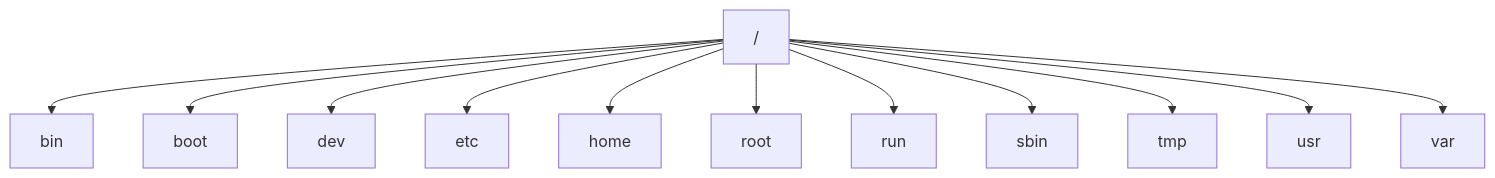
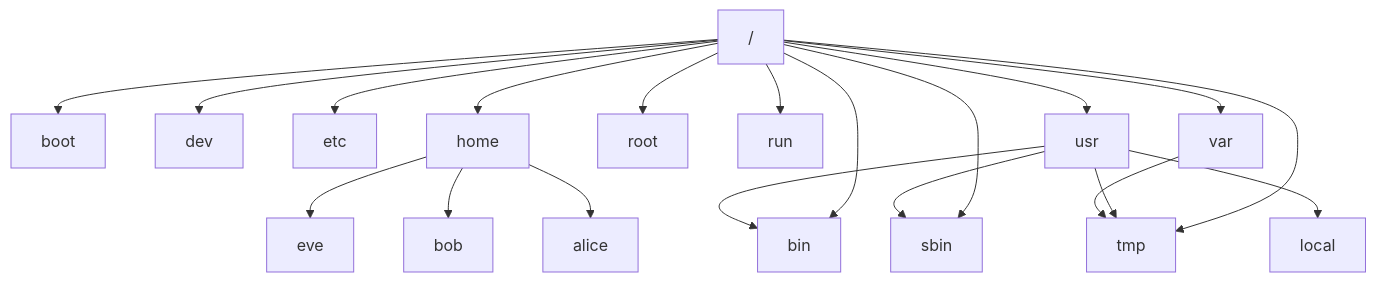
The diagram in file_system.md (sawan848/rhel-8), drawn with Mermaid before and after one commit.

Commit message:
file system graph are updated

````diff
--- a/file_system.md
+++ b/file_system.md
@@ -2,14 +2,22 @@
 ```mermaid
     graph TD;
     / -->bin;
     / --> boot;
     / -->dev;
     / -->etc;
     / -->home;
     / -->root;
     / -->run;
     / -->sbin;
     / -->tmp;
     / -->usr;
     / -->var;
+    home -->eve;
+    home -->bob;
+    home -->alice;
+    usr -->tmp;
+    usr --> sbin;
+    usr -->local;
+    usr -->bin;
+    var -->tmp;
 ```
````
